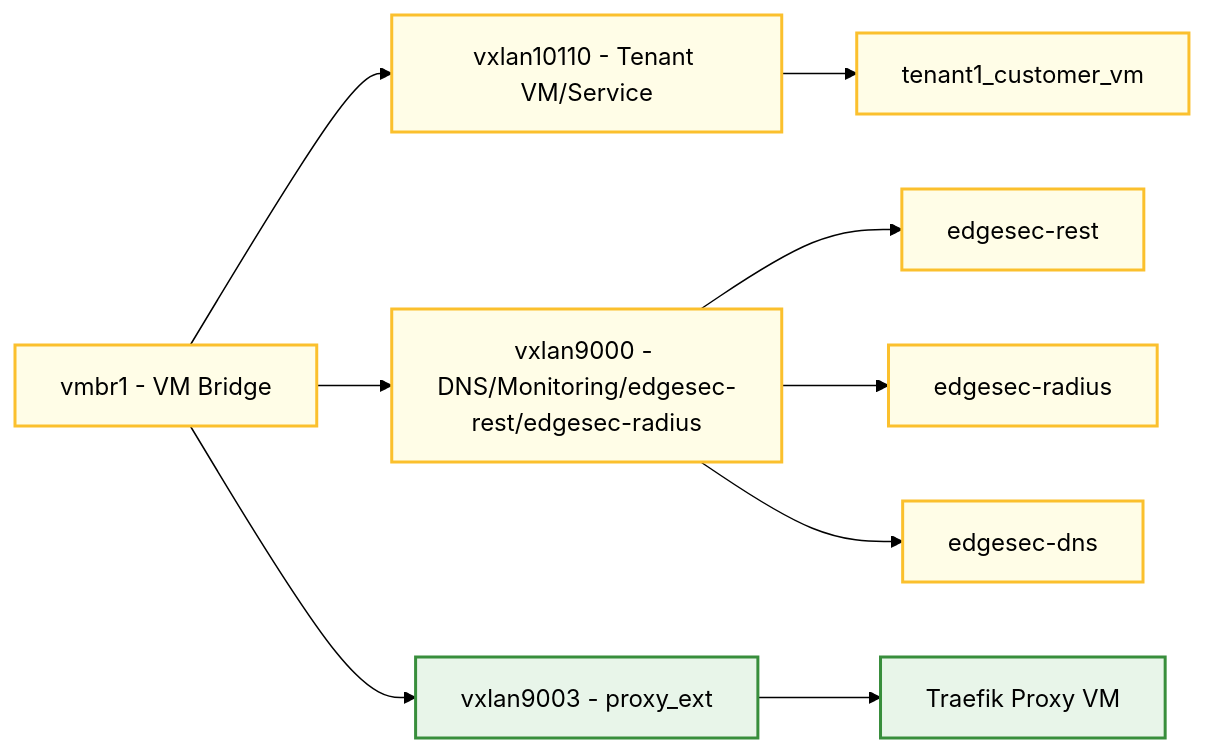
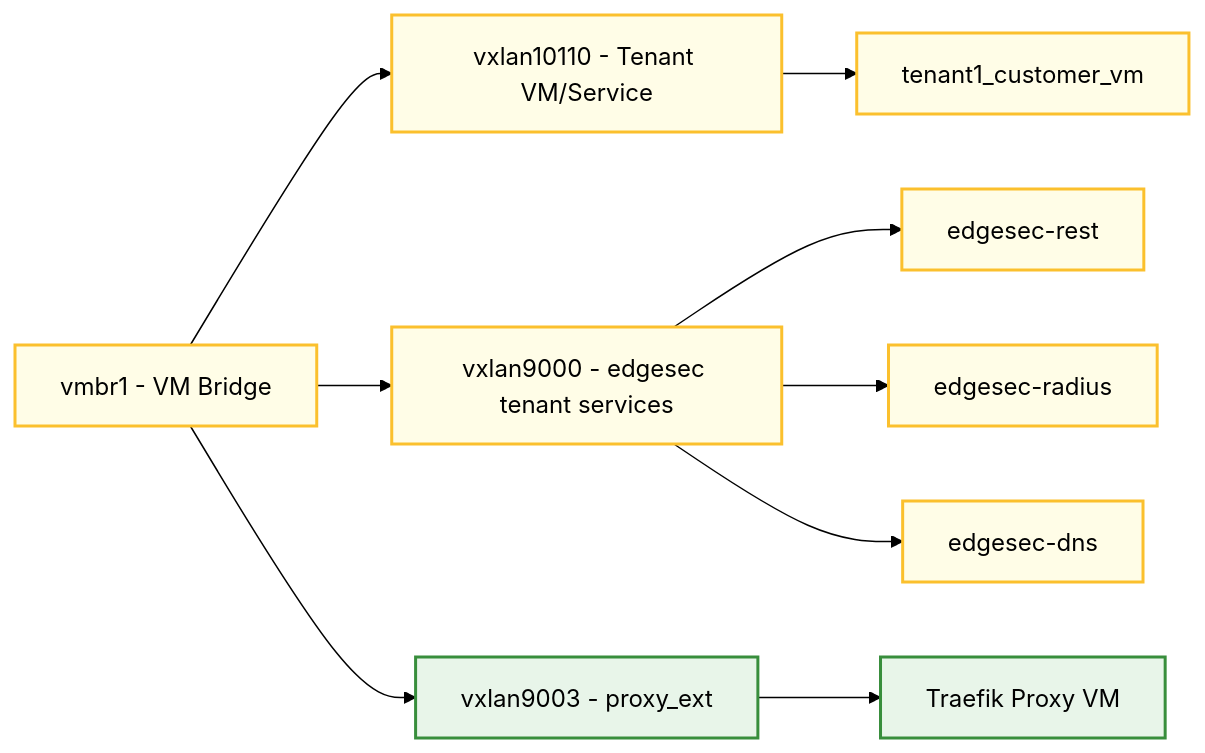
One commit to CEP-Comwell/proxmox_addons changed the third of 4 diagrams in README.md. Above: the diagram before and after it, drawn with Mermaid (forest theme).

````diff
--- a/README.md
+++ b/README.md
@@ -95,26 +95,26 @@
 ```mermaid
 graph LR
 VMBridge[vmbr1 - VM Bridge]
 VX10110[vxlan10110 - Tenant VM/Service]
-VX9000[vxlan9000 - DNS/Monitoring/edgesec-rest/edgesec-radius]
+VX9000[vxlan9000 - edgesec tenant services]
 VX9003[vxlan9003 - proxy_ext]
 CustVM[tenant1_customer_vm]
 RestVM[edgesec-rest]
 RadiusVM[edgesec-radius]
 DNSVM[edgesec-dns]
 ProxyVM[Traefik Proxy VM]
 
 VMBridge --> VX10110
 VMBridge --> VX9000
 VMBridge --> VX9003
 VX10110 --> CustVM
 VX9000 --> RestVM
 VX9000 --> RadiusVM
 VX9000 --> DNSVM
 VX9003 --> ProxyVM
 
 classDef vm fill:#fffde7,stroke:#fbc02d,stroke-width:2px;
 classDef proxy fill:#e8f5e9,stroke:#388e3c,stroke-width:2px;
 class VMBridge,VX10110,VX9000,CustVM,RestVM,RadiusVM,DNSVM vm;
 class VX9003,ProxyVM proxy;
 ```
````
